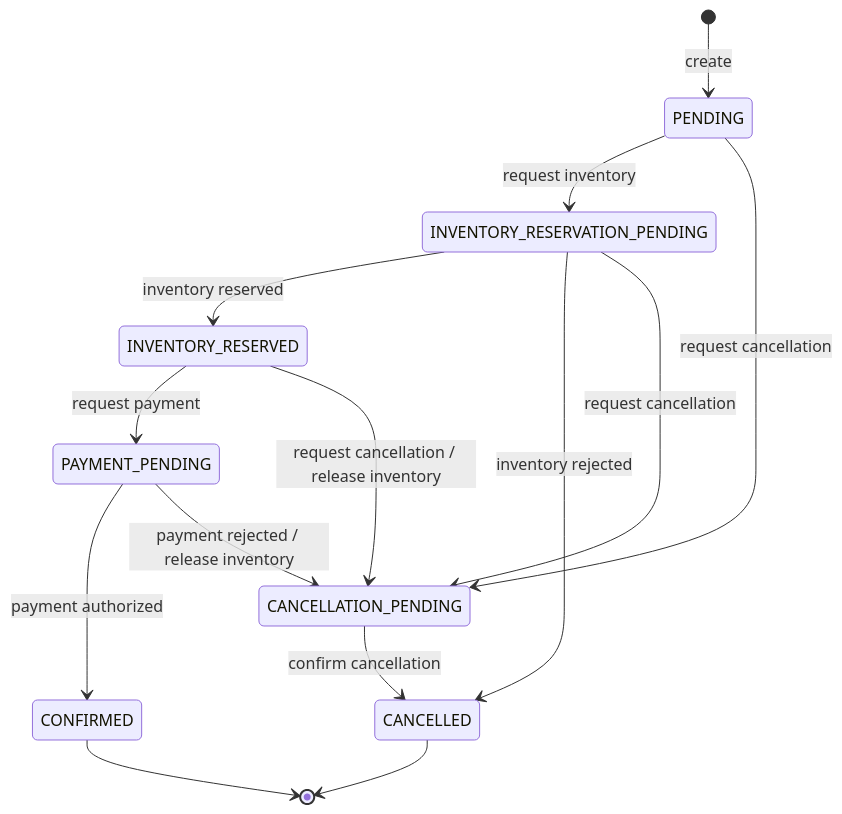
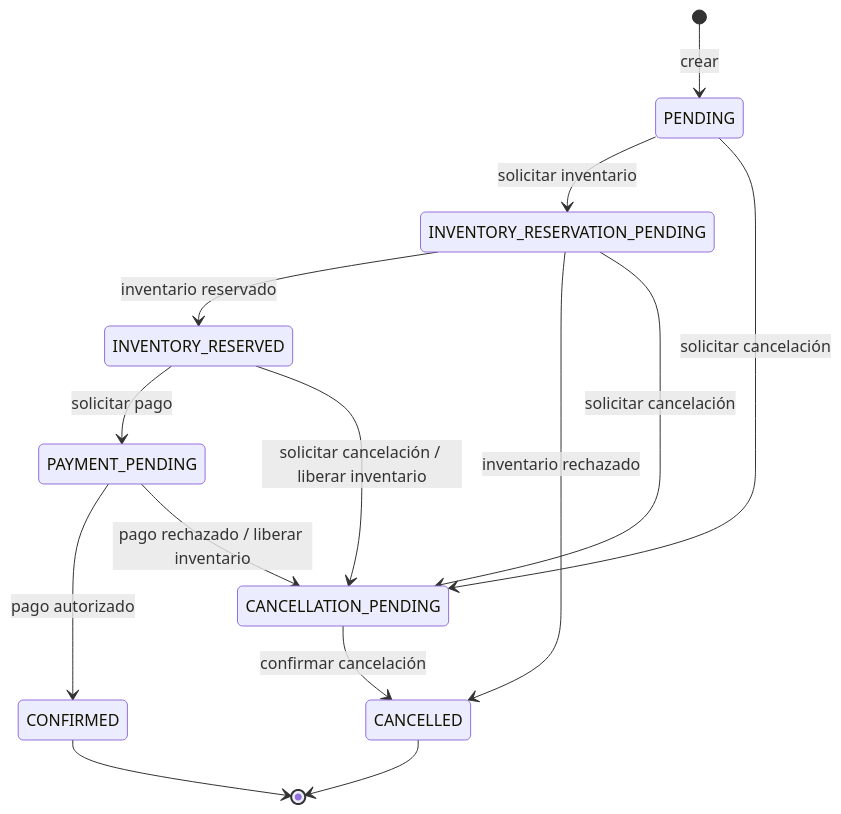
The diagram in order-service/README.md (SergioGarciaRuiz557/OrderFlow), drawn with Mermaid before and after one commit. The commit also changed other lines of this file and 156 other files, not shown here.

````diff
--- a/order-service/README.md
+++ b/order-service/README.md
@@ -27,16 +27,16 @@
 ```mermaid
 stateDiagram-v2
-    [*] --> PENDING: create
-    PENDING --> INVENTORY_RESERVATION_PENDING: request inventory
-    INVENTORY_RESERVATION_PENDING --> INVENTORY_RESERVED: inventory reserved
-    INVENTORY_RESERVATION_PENDING --> CANCELLED: inventory rejected
-    INVENTORY_RESERVED --> PAYMENT_PENDING: request payment
-    PAYMENT_PENDING --> CONFIRMED: payment authorized
-    PAYMENT_PENDING --> CANCELLATION_PENDING: payment rejected / release inventory
-    PENDING --> CANCELLATION_PENDING: request cancellation
-    INVENTORY_RESERVATION_PENDING --> CANCELLATION_PENDING: request cancellation
-    INVENTORY_RESERVED --> CANCELLATION_PENDING: request cancellation / release inventory
-    CANCELLATION_PENDING --> CANCELLED: confirm cancellation
+    [*] --> PENDING: crear
+    PENDING --> INVENTORY_RESERVATION_PENDING: solicitar inventario
+    INVENTORY_RESERVATION_PENDING --> INVENTORY_RESERVED: inventario reservado
+    INVENTORY_RESERVATION_PENDING --> CANCELLED: inventario rechazado
+    INVENTORY_RESERVED --> PAYMENT_PENDING: solicitar pago
+    PAYMENT_PENDING --> CONFIRMED: pago autorizado
+    PAYMENT_PENDING --> CANCELLATION_PENDING: pago rechazado / liberar inventario
+    PENDING --> CANCELLATION_PENDING: solicitar cancelación
+    INVENTORY_RESERVATION_PENDING --> CANCELLATION_PENDING: solicitar cancelación
+    INVENTORY_RESERVED --> CANCELLATION_PENDING: solicitar cancelación / liberar inventario
+    CANCELLATION_PENDING --> CANCELLED: confirmar cancelación
     CONFIRMED --> [*]
     CANCELLED --> [*]
 ```
````
